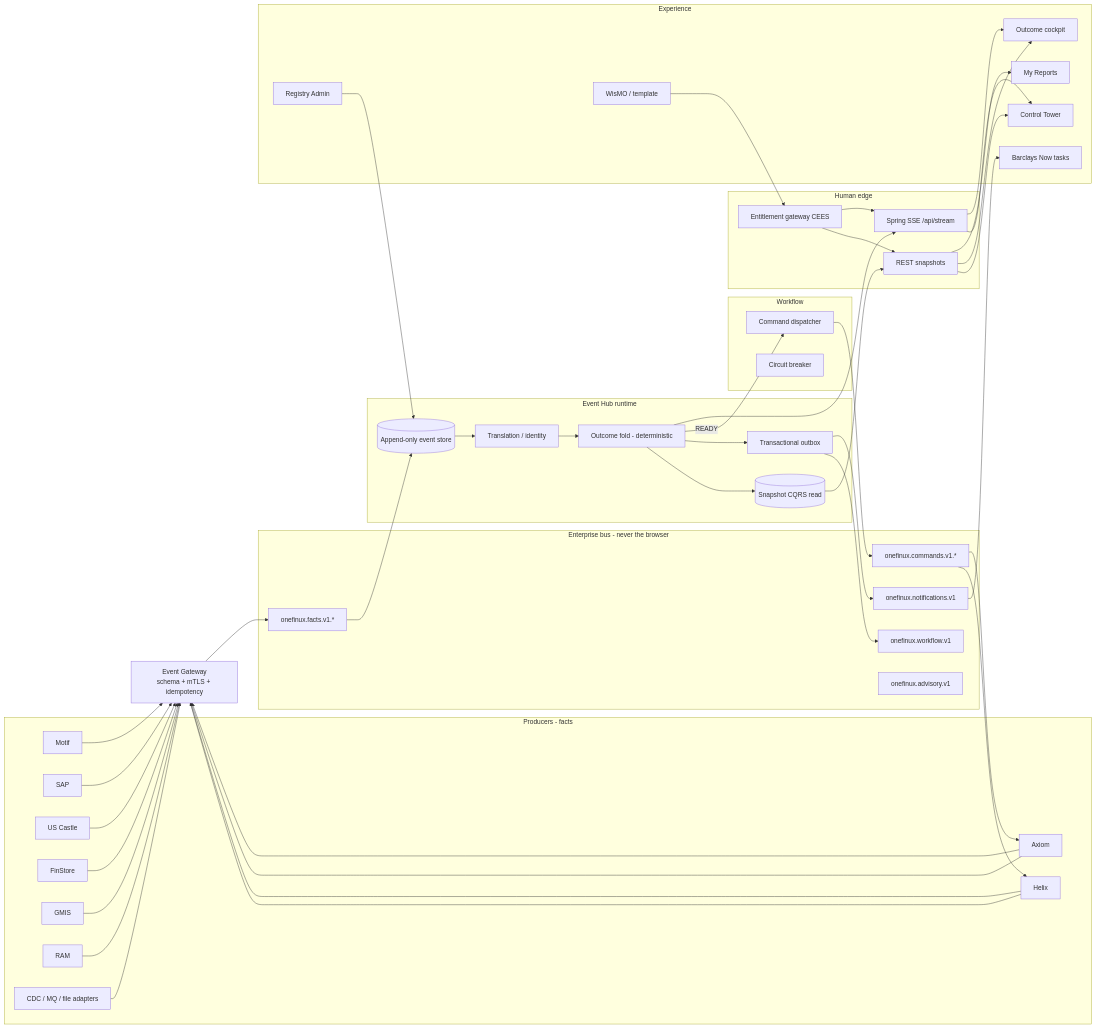
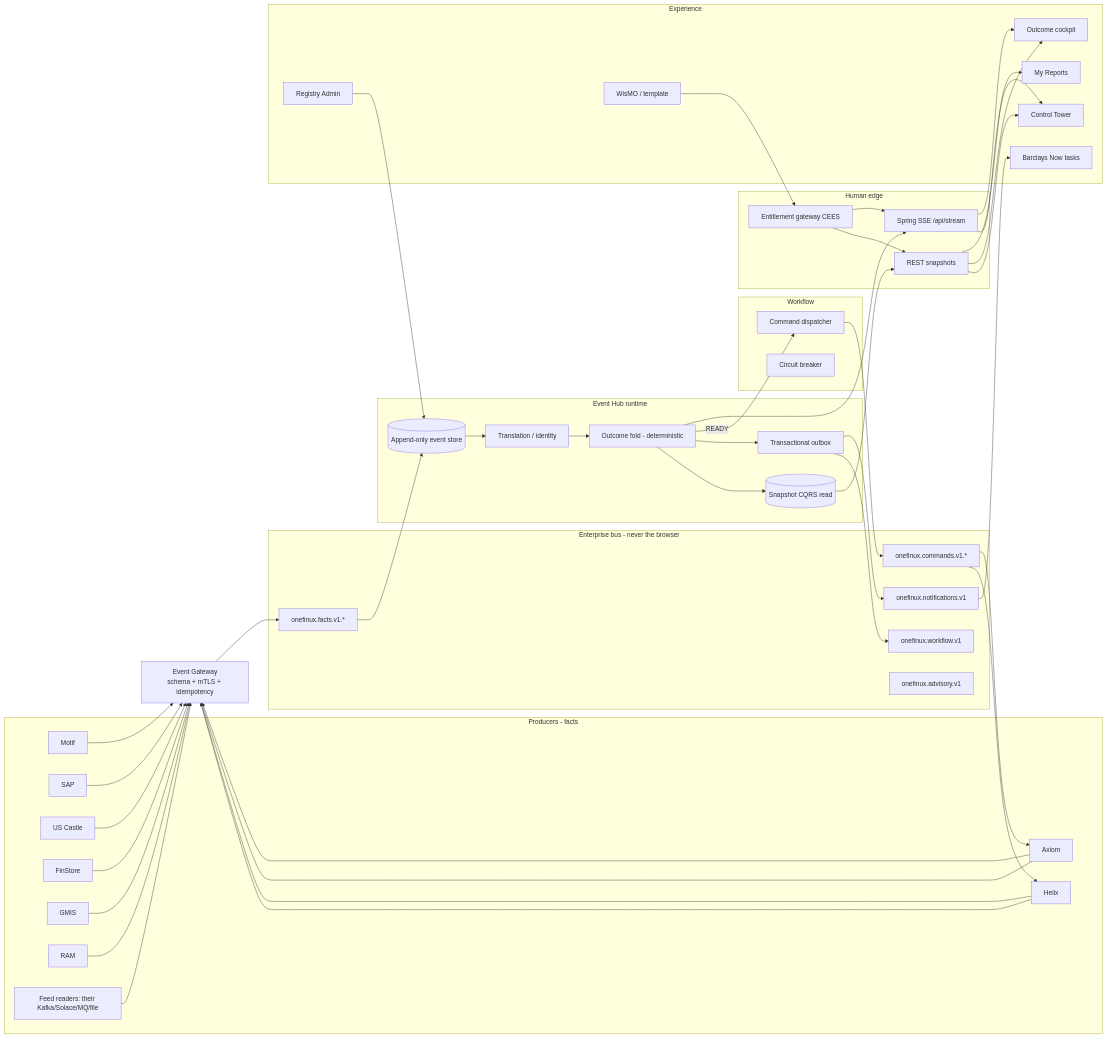
One commit to praveen2025work/onefinuxdemo changed the diagram in docs/superpowers/specs/2026-09-12-flagship-architecture-and-experience.md. Above: the diagram before and after it, drawn with Mermaid. The commit also changed 4 other files, not shown here.

First line of the commit message:
docs: first-class feed readers for teams that cannot notify us

```diff
--- a/docs/superpowers/specs/2026-09-12-flagship-architecture-and-experience.md
+++ b/docs/superpowers/specs/2026-09-12-flagship-architecture-and-experience.md
@@ -48,7 +48,7 @@
     RAM
     Helix
     Axiom
-    Legacy[CDC / MQ / file adapters]
+    Legacy[Feed readers: their Kafka/Solace/MQ/file]
   end
 
   GW[Event Gateway\nschema + mTLS + idempotency]
```
